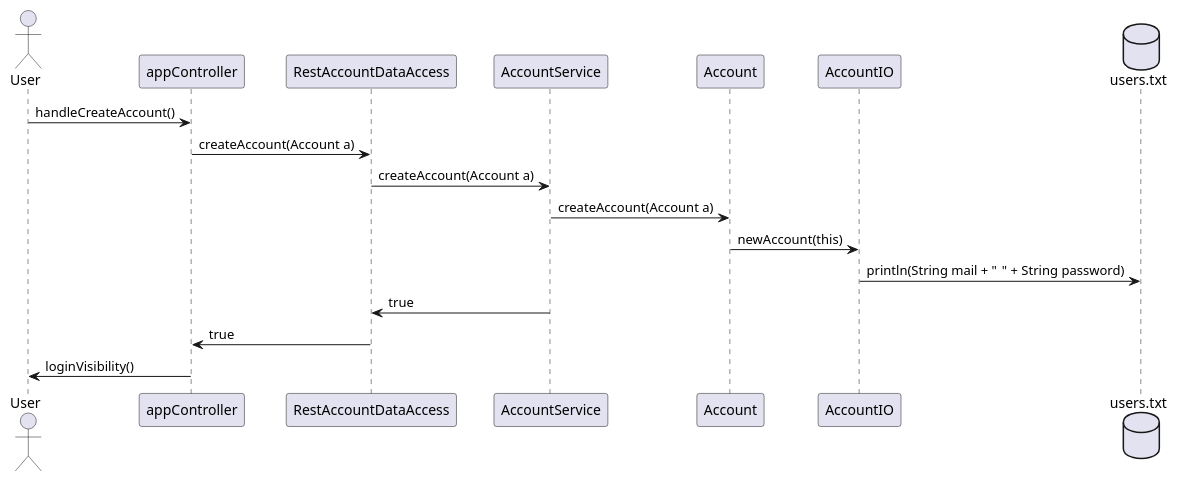
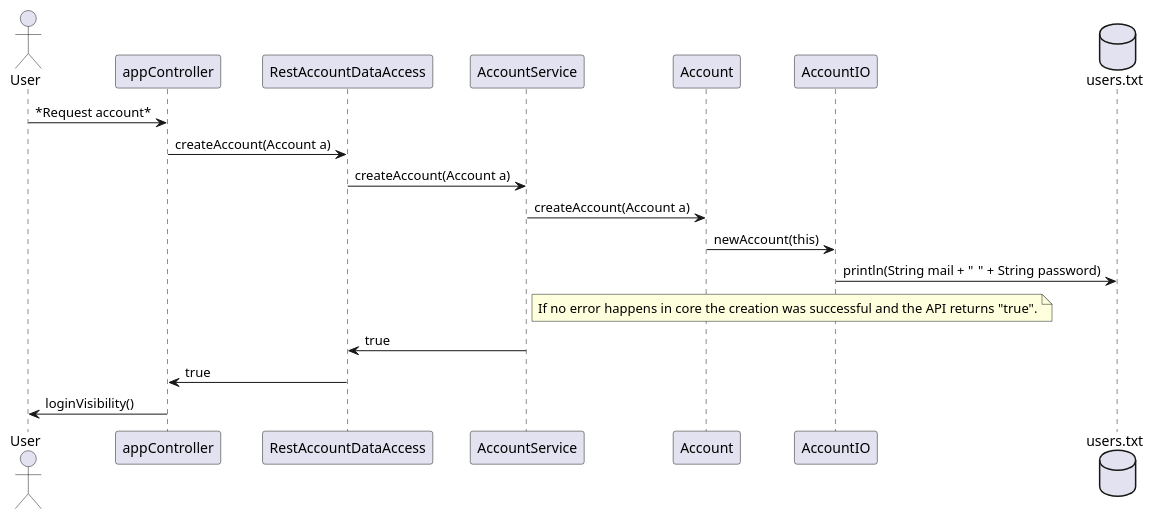
Before and after one commit to ErlendMariusOmmundsen/Messaging-App: the second of 2 diagrams in project/readme.md, drawn with PlantUML.

Commit message:
#35 - Added some minor changes

````diff
--- a/project/readme.md
+++ b/project/readme.md
@@ -159,19 +159,20 @@
 ```plantuml
 
 actor User
 
 
 
-User -> appController: handleCreateAccount()
+User -> appController: *Request account*
 appController -> RestAccountDataAccess: createAccount(Account a)
 RestAccountDataAccess -> AccountService: createAccount(Account a)
 AccountService -> Account: createAccount(Account a)
 Account -> AccountIO: newAccount(this)
 database users.txt
 AccountIO -> users.txt: println(String mail + "\t" + String password)
+note right of AccountService: If no error happens in core the creation was successful and the API returns "true". 
 AccountService -> RestAccountDataAccess: true
 RestAccountDataAccess -> appController: true
 appController -> User: loginVisibility()
 
 
 ```
````
